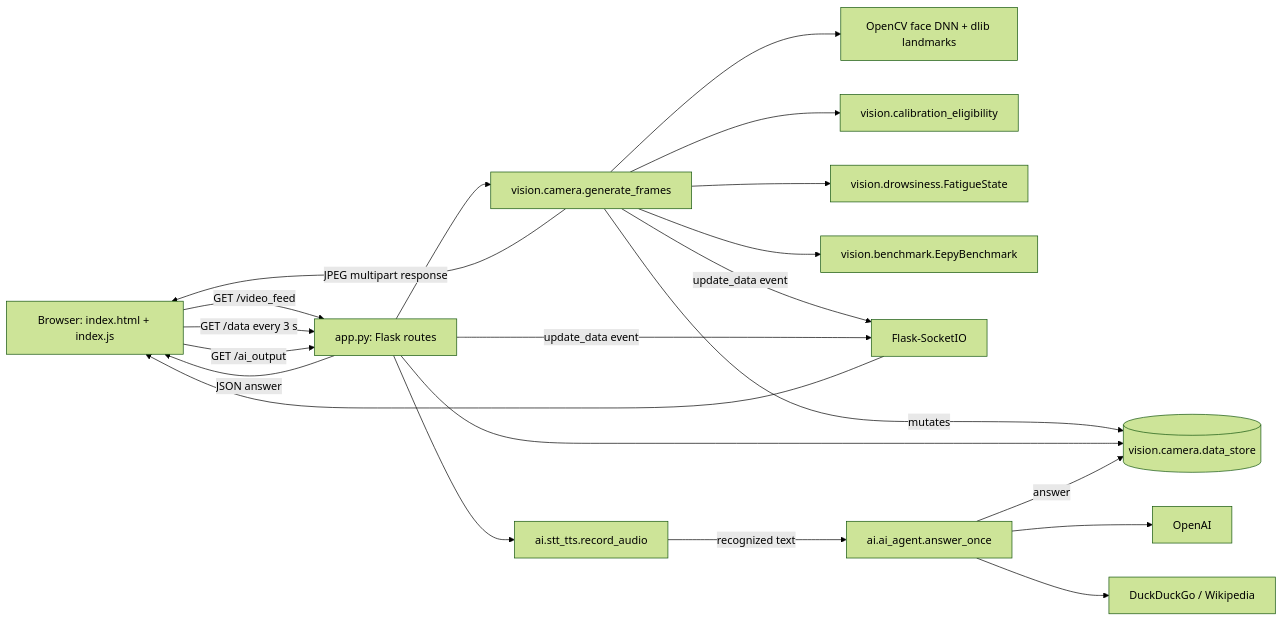
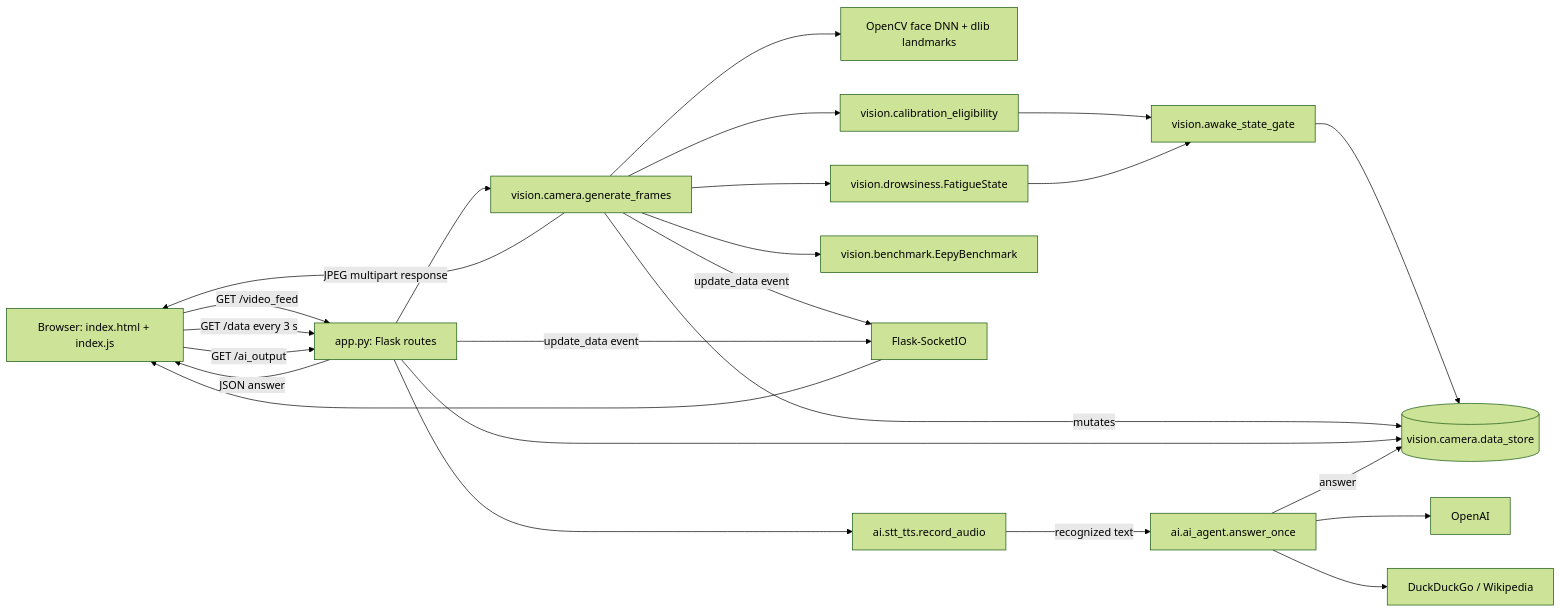
Before and after one commit to combosm/eepy: the diagram in docs/architecture.md, drawn with Mermaid (forest theme). The commit also changed other lines of this file and 6 other files, not shown here.

Commit message:
add rolling awake-state calibration gate

````diff
--- a/docs/architecture.md
+++ b/docs/architecture.md
@@ -71,33 +73,37 @@
 ```mermaid
 flowchart LR
     Browser[Browser: index.html + index.js]
     Flask[app.py: Flask routes]
     Stream[vision.camera.generate_frames]
     Models[OpenCV face DNN + dlib landmarks]
     Quality[vision.calibration_eligibility]
+    AwakeGate[vision.awake_state_gate]
     Fatigue[vision.drowsiness.FatigueState]
     Bench[vision.benchmark.EepyBenchmark]
     Store[(vision.camera.data_store)]
     Socket[Flask-SocketIO]
     STT[ai.stt_tts.record_audio]
     Agent[ai.ai_agent.answer_once]
     Tools[DuckDuckGo / Wikipedia]
     OpenAI[OpenAI]
 
     Browser -->|GET /video_feed| Flask --> Stream
     Stream --> Models
     Stream --> Quality
     Stream --> Fatigue
+    Quality --> AwakeGate
+    Fatigue --> AwakeGate
+    AwakeGate --> Store
     Stream --> Bench
     Stream -->|mutates| Store
     Stream -->|JPEG multipart response| Browser
     Stream -->|update_data event| Socket --> Browser
     Browser -->|GET /data every 3 s| Flask --> Store
     Browser -->|GET /ai_output| Flask --> STT
     STT -->|recognized text| Agent
     Agent --> OpenAI
     Agent --> Tools
     Agent -->|answer| Store
     Flask -->|JSON answer| Browser
     Flask -->|update_data event| Socket
 ```
````
